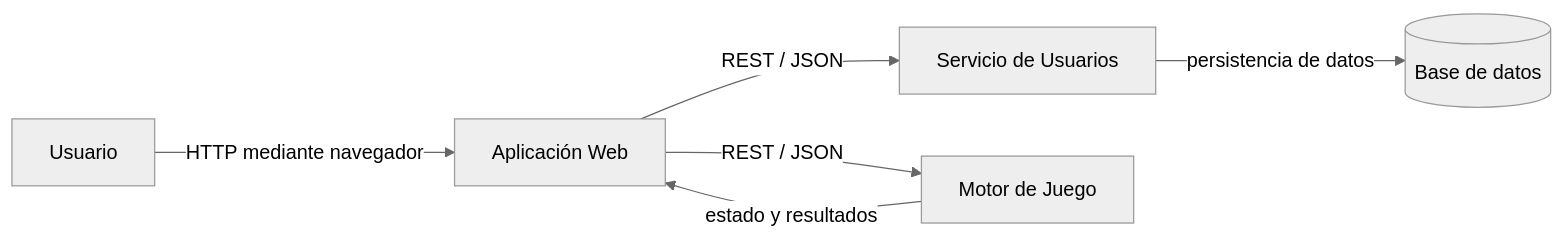
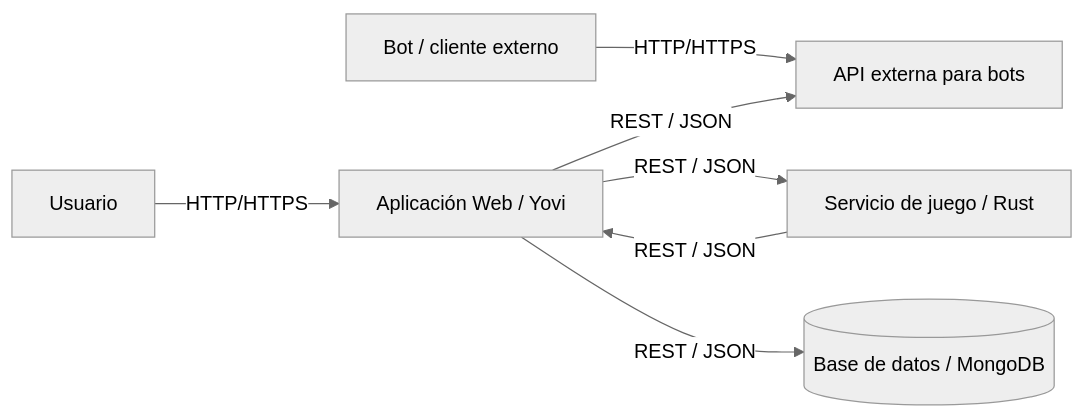
Before and after one commit to Arquisoft/yovi_es5c: the second of 2 diagrams in docs/src/03_context_and_scope.adoc, drawn with Mermaid (neutral theme). The commit also changed other lines of this file, not shown here.

```diff
--- a/docs/src/03_context_and_scope.adoc
+++ b/docs/src/03_context_and_scope.adoc
@@ -36,15 +36,19 @@
 [mermaid, "technical-context", png]
 ----
 flowchart LR
   U[Usuario]
-  W[Aplicación Web]
-  US[Servicio de Usuarios]
-  G[Motor de Juego]
-  DB[(Base de datos)]
+  W[Aplicación Web / Yovi]
+  API[API externa para bots]
+  B[Bot / cliente externo]
+  G[Servicio de juego / Rust]
+  DB[(Base de datos / MongoDB)]
 
-  U -->|HTTP mediante navegador| W
-  W -->|REST / JSON| US
-  US -->|persistencia de datos| DB
-  W -->|REST / JSON| G
-  G -->|estado y resultados| W
+  U -->|HTTP/HTTPS | W
+  B -->|HTTP/HTTPS | API
+  W -->|REST / JSON| API
+
+  W -->|REST / JSON | G
+  G -->|REST / JSON | W
+
+  W -->|REST / JSON| DB
 ----
```
